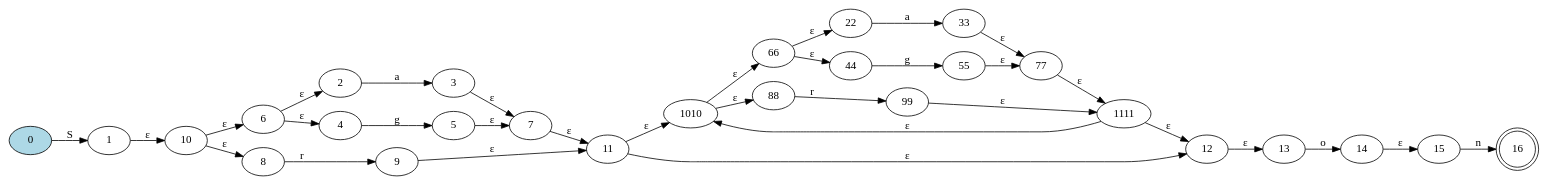
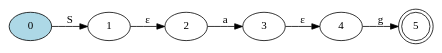
The diagram in NDFA.dot (Daniel-Sima/Clone-of-the-egrep-UNIX-command), drawn with Graphviz before and after one commit. The commit also changed 15 other files, not shown here.

```diff
--- a/NDFA.dot
+++ b/NDFA.dot
@@ -1,39 +1,12 @@
 digraph {
 	rankdir=LR;
 
-	16 [shape=doublecircle]
+	5 [shape=doublecircle]
 	0 [style=filled, fillcolor="lightblue"]
 
 	0->1 [label= "S"];
 	2->3 [label= "a"];
+	1->2 [label= "ε"];
 	4->5 [label= "g"];
-	6->2 [label= "ε"];
-	6->4 [label= "ε"];
-	3->7 [label= "ε"];
-	5->7 [label= "ε"];
-	8->9 [label= "r"];
-	10->6 [label= "ε"];
-	10->8 [label= "ε"];
-	7->11 [label= "ε"];
-	9->11 [label= "ε"];
-	1010->66 [label= "ε"];
-	1010->88 [label= "ε"];
-	66->22 [label= "ε"];
-	66->44 [label= "ε"];
-	88->99 [label= "r"];
-	22->33 [label= "a"];
-	44->55 [label= "g"];
-	99->1111 [label= "ε"];
-	33->77 [label= "ε"];
-	55->77 [label= "ε"];
-	77->1111 [label= "ε"];
-	11->1010 [label= "ε"];
-	1111->1010 [label= "ε"];
-	11->12 [label= "ε"];
-	1111->12 [label= "ε"];
-	1->10 [label= "ε"];
-	13->14 [label= "o"];
-	12->13 [label= "ε"];
-	15->16 [label= "n"];
-	14->15 [label= "ε"];
+	3->4 [label= "ε"];
 }
```
